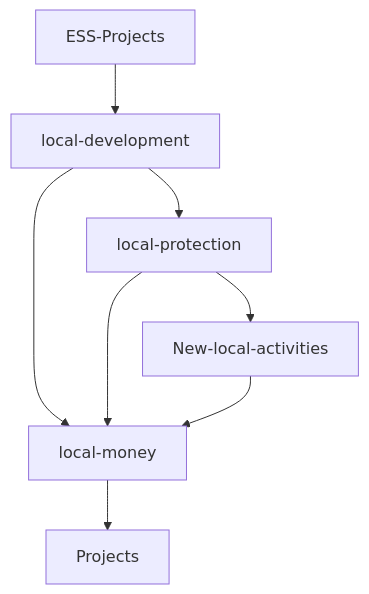
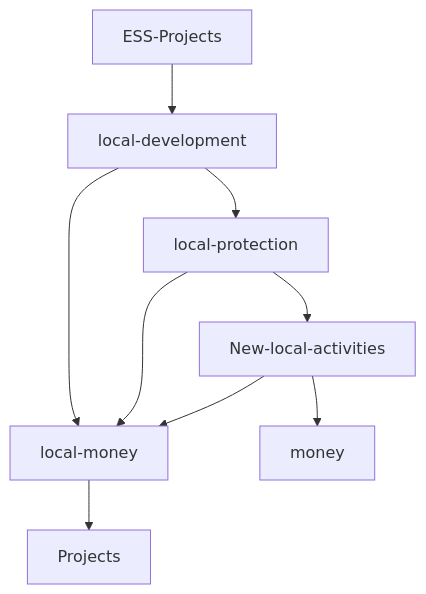
Before and after one commit to franckdun/franckdun: the diagram in README.md, drawn with Mermaid.

````diff
--- a/README.md
+++ b/README.md
@@ -109,10 +109,11 @@
 ```mermaid
   graph TD;
        local-money-->Projects;
        ESS-Projects-->local-development;
        local-development-->local-protection;
        local-development-->local-money;
        local-protection-->New-local-activities;
        local-protection-->local-money;
        New-local-activities-->local-money;
+       New-local-activities-->money;
 ```
````
